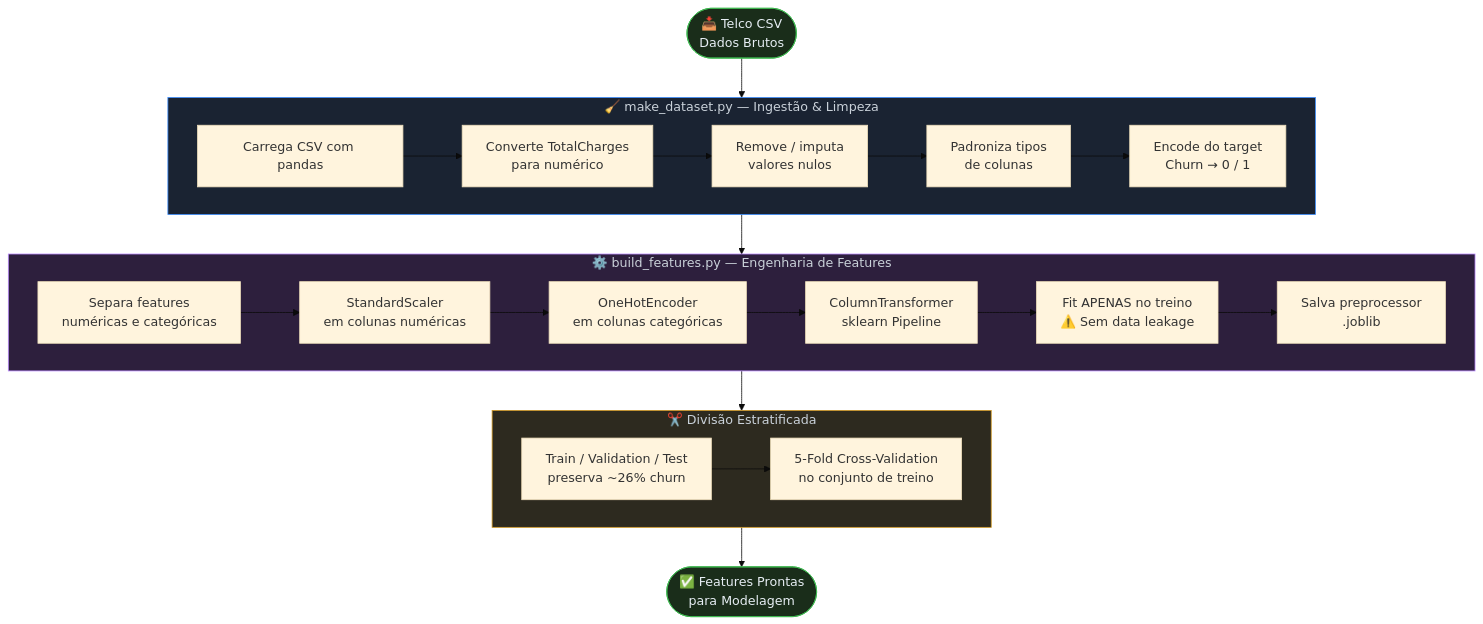
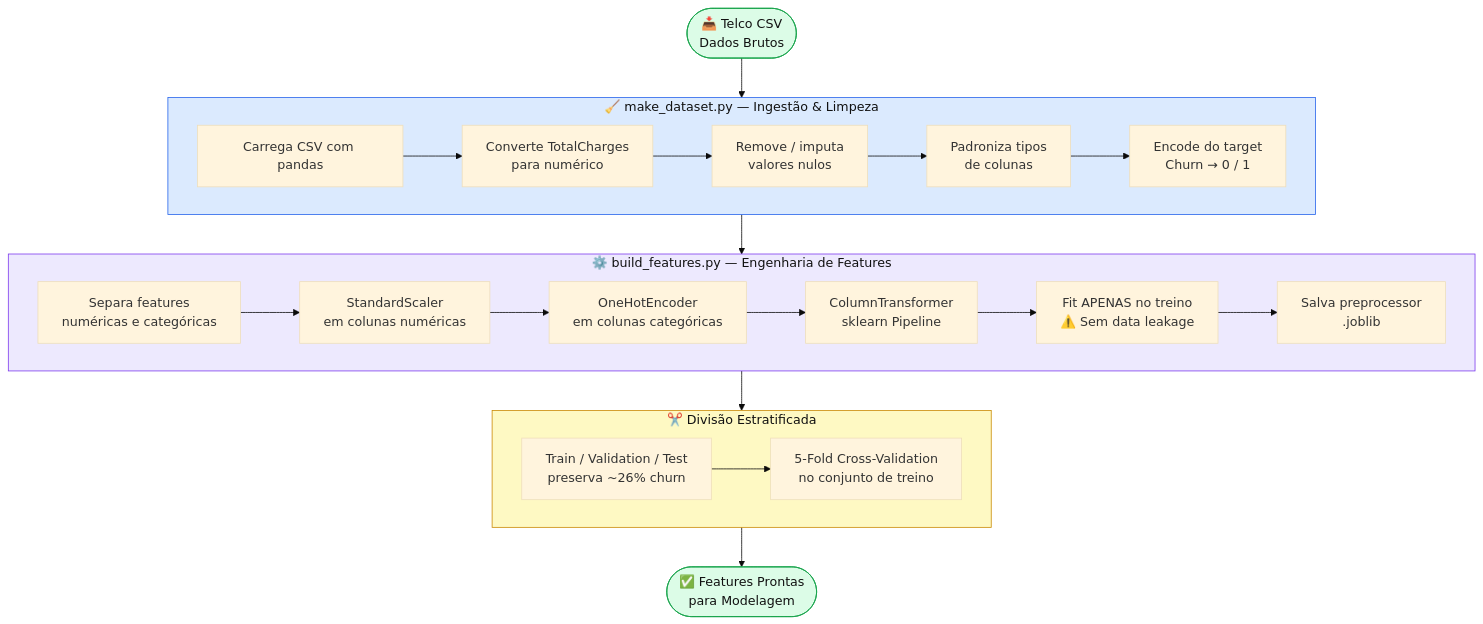
Before and after one commit to Henry3151/Churn_Prediction_Advanced_Models_Optimized: the second of 4 diagrams in README.md, drawn with Mermaid (base theme). The commit also changed other lines of this file, not shown here.

Commit message:
docs: README com diagramas Mermaid

````diff
--- a/README.md
+++ b/README.md
@@ -123,35 +123,35 @@
 ```mermaid
 flowchart TD
     A([📥 Telco CSV\nDados Brutos]) --> B
 
     subgraph B["🧹 make_dataset.py — Ingestão & Limpeza"]
         B1[Carrega CSV com pandas] --> B2[Converte TotalCharges\npara numérico]
         B2 --> B3[Remove / imputa\nvalores nulos]
         B3 --> B4[Padroniza tipos\nde colunas]
         B4 --> B5[Encode do target\nChurn → 0 / 1]
     end
 
     B --> C
 
     subgraph C["⚙️ build_features.py — Engenharia de Features"]
         C1[Separa features\nnuméricas e categóricas] --> C2[StandardScaler\nem colunas numéricas]
         C2 --> C3[OneHotEncoder\nem colunas categóricas]
         C3 --> C4[ColumnTransformer\nsklearn Pipeline]
         C4 --> C5[Fit APENAS no treino\n⚠️ Sem data leakage]
         C5 --> C6[Salva preprocessor\n.joblib]
     end
 
     C --> D
 
     subgraph D["✂️ Divisão Estratificada"]
         D1[Train / Validation / Test\npreserva ~26% churn] --> D2[5-Fold Cross-Validation\nno conjunto de treino]
     end
 
     D --> E([✅ Features Prontas\npara Modelagem])
 
-    style A fill:#1a2d1a,stroke:#3fb950,color:#e6edf3
-    style B fill:#1a2332,stroke:#388bfd,color:#c9d1d9
-    style C fill:#2d1f3d,stroke:#bc8cff,color:#c9d1d9
-    style D fill:#2d2a1f,stroke:#d29922,color:#c9d1d9
-    style E fill:#1a2d1a,stroke:#3fb950,color:#e6edf3
+    style A fill:#dcfce7,stroke:#16a34a,color:#111111
+    style B fill:#dbeafe,stroke:#2563eb,color:#111111
+    style C fill:#ede9fe,stroke:#7c3aed,color:#111111
+    style D fill:#fef9c3,stroke:#ca8a04,color:#111111
+    style E fill:#dcfce7,stroke:#16a34a,color:#111111
 ```
````
